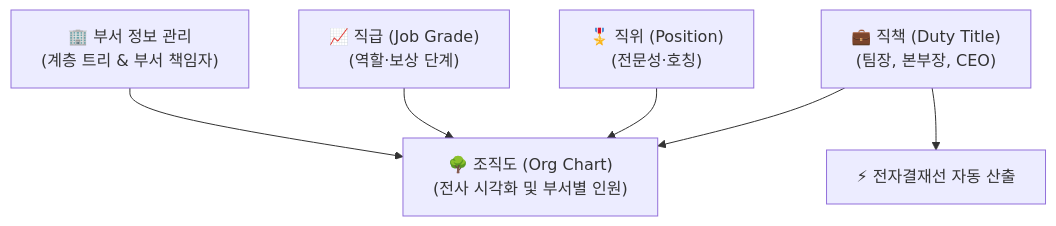
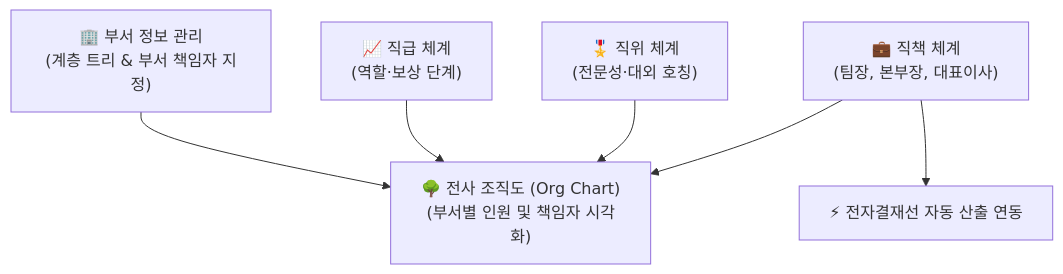
The diagram in app/vue/docs/hr-manage/organization.md (nc2U/ibs), drawn with Mermaid before and after one commit. The commit also changed other lines of this file and 7 other files, not shown here.

````diff
--- a/app/vue/docs/hr-manage/organization.md
+++ b/app/vue/docs/hr-manage/organization.md
@@ -8,8 +12,8 @@
 ```mermaid
 flowchart TD
-    A["🏢 부서 정보 관리<br>(계층 트리 & 부서 책임자)"] --> E["🌳 조직도 (Org Chart)<br>(전사 시각화 및 부서별 인원)"]
-    B["📈 직급 (Job Grade)<br>(역할·보상 단계)"] --> E
-    C["🎖️ 직위 (Position)<br>(전문성·호칭)"] --> E
-    D["💼 직책 (Duty Title)<br>(팀장, 본부장, CEO)"] --> E
-    D --> F["⚡ 전자결재선 자동 산출"]
+    A["🏢 부서 정보 관리<br>(계층 트리 & 부서 책임자 지정)"] --> E["🌳 전사 조직도 (Org Chart)<br>(부서별 인원 및 책임자 시각화)"]
+    B["📈 직급 체계<br>(역할·보상 단계)"] --> E
+    C["🎖️ 직위 체계<br>(전문성·대외 호칭)"] --> E
+    D["💼 직책 체계<br>(팀장, 본부장, 대표이사)"] --> E
+    D --> F["⚡ 전자결재선 자동 산출 연동"]
 ```
````
